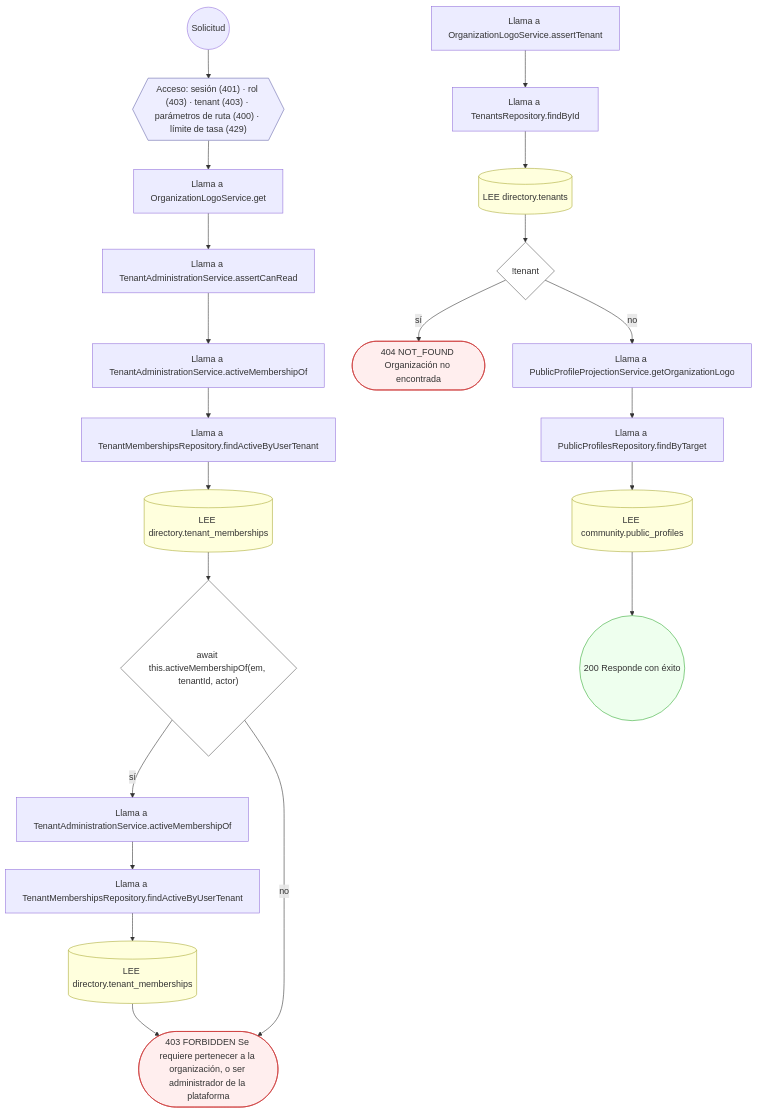
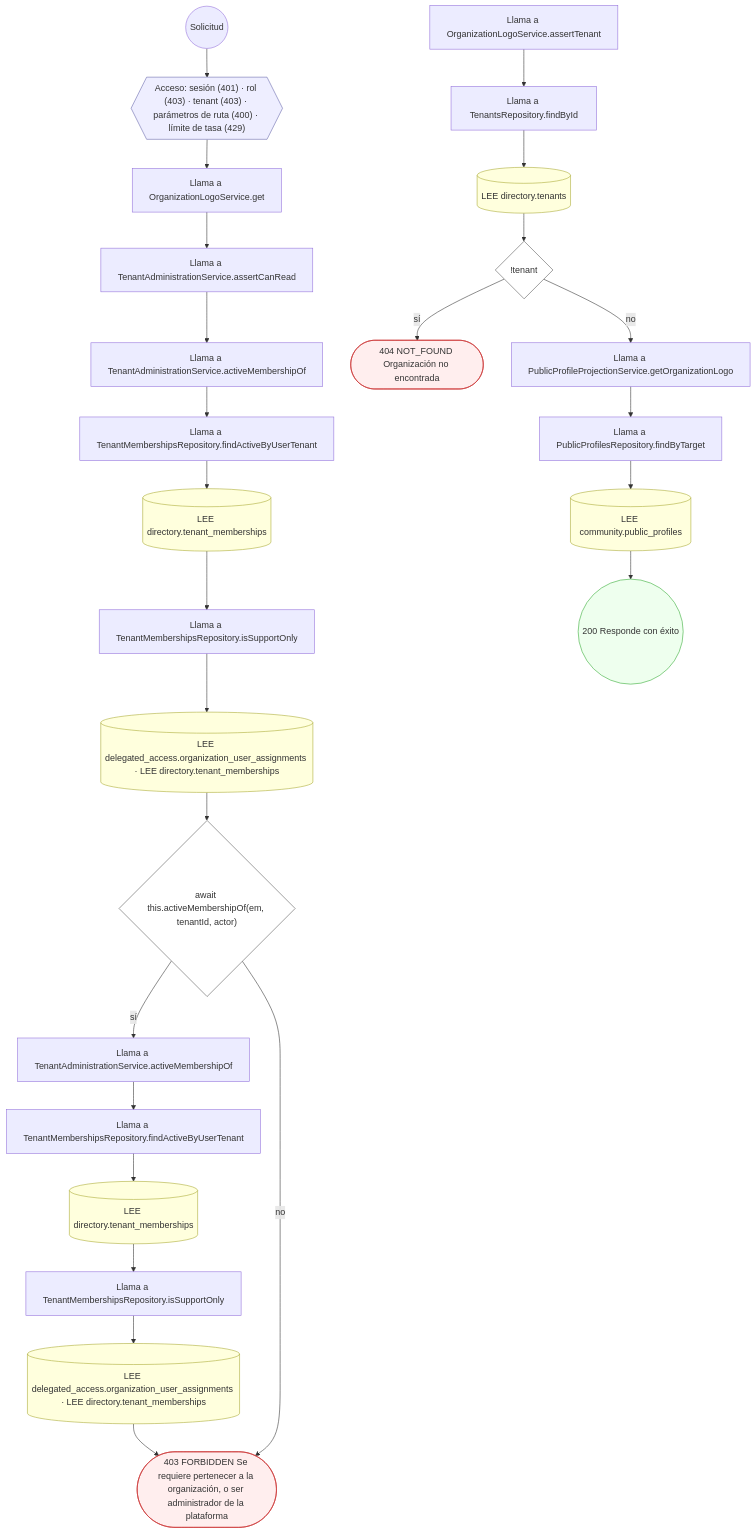
One commit to mdavila-2001/mantra-core-health-api changed diagram 16 of 30 in docs/inventario/flujos/directory.md. Above: the diagram before and after it, drawn with Mermaid. The commit also changed other lines of this file and 1040 other files, not shown here.

````diff
--- a/docs/inventario/flujos/directory.md
+++ b/docs/inventario/flujos/directory.md
@@ -1551,50 +1611,58 @@
 ```mermaid
 flowchart TD
   n1(("Solicitud")):::inicio
   n2{{"Acceso: sesión (401) · rol (403) · tenant (403) · parámetros de ruta (400) · límite de tasa (429)"}}:::acceso
   n1 --> n2
   n3["Llama a OrganizationLogoService.get"]:::llamada
   n2 --> n3
   n4["Llama a TenantAdministrationService.assertCanRead"]:::llamada
   n3 --> n4
   n5["Llama a TenantAdministrationService.activeMembershipOf"]:::llamada
   n4 --> n5
   n6["Llama a TenantMembershipsRepository.findActiveByUserTenant"]:::llamada
   n5 --> n6
   n7[("LEE directory.tenant_memberships")]:::efecto
   n6 --> n7
-  n8{"await this.activeMembershipOf(em, tenantId, actor)"}:::decision
+  n8["Llama a TenantMembershipsRepository.isSupportOnly"]:::llamada
   n7 --> n8
-  n9["Llama a TenantAdministrationService.activeMembershipOf"]:::llamada
-  n8 -->|"sí"| n9
-  n10["Llama a TenantMembershipsRepository.findActiveByUserTenant"]:::llamada
+  n9[("LEE delegated_access.organization_user_assignments · LEE directory.tenant_memberships")]:::efecto
+  n8 --> n9
+  n10{"await this.activeMembershipOf(em, tenantId, actor)"}:::decision
   n9 --> n10
-  n11[("LEE directory.tenant_memberships")]:::efecto
-  n10 --> n11
-  n12(["403 FORBIDDEN Se requiere pertenecer a la organización, o ser administrador de la plataforma"]):::error
+  n11["Llama a TenantAdministrationService.activeMembershipOf"]:::llamada
+  n10 -->|"sí"| n11
+  n12["Llama a TenantMembershipsRepository.findActiveByUserTenant"]:::llamada
   n11 --> n12
-  n8 -->|"no"| n12
-  n13["Llama a OrganizationLogoService.assertTenant"]:::llamada
-  n14["Llama a TenantsRepository.findById"]:::llamada
+  n13[("LEE directory.tenant_memberships")]:::efecto
+  n12 --> n13
+  n14["Llama a TenantMembershipsRepository.isSupportOnly"]:::llamada
   n13 --> n14
-  n15[("LEE directory.tenants")]:::efecto
+  n15[("LEE delegated_access.organization_user_assignments · LEE directory.tenant_memberships")]:::efecto
   n14 --> n15
-  n16{"!tenant"}:::decision
+  n16(["403 FORBIDDEN Se requiere pertenecer a la organización, o ser administrador de la plataforma"]):::error
   n15 --> n16
-  n17(["404 NOT_FOUND Organización no encontrada"]):::error
-  n16 -->|"sí"| n17
-  n18["Llama a PublicProfileProjectionService.getOrganizationLogo"]:::llamada
-  n16 -->|"no"| n18
-  n19["Llama a PublicProfilesRepository.findByTarget"]:::llamada
+  n10 -->|"no"| n16
+  n17["Llama a OrganizationLogoService.assertTenant"]:::llamada
+  n18["Llama a TenantsRepository.findById"]:::llamada
+  n17 --> n18
+  n19[("LEE directory.tenants")]:::efecto
   n18 --> n19
-  n20[("LEE community.public_profiles")]:::efecto
+  n20{"!tenant"}:::decision
   n19 --> n20
-  n21(("200 Responde con éxito")):::ok
-  n20 --> n21
+  n21(["404 NOT_FOUND Organización no encontrada"]):::error
+  n20 -->|"sí"| n21
+  n22["Llama a PublicProfileProjectionService.getOrganizationLogo"]:::llamada
+  n20 -->|"no"| n22
+  n23["Llama a PublicProfilesRepository.findByTarget"]:::llamada
+  n22 --> n23
+  n24[("LEE community.public_profiles")]:::efecto
+  n23 --> n24
+  n25(("200 Responde con éxito")):::ok
+  n24 --> n25
   classDef acceso fill:#eef,stroke:#66a
   classDef error fill:#fee,stroke:#c33
   classDef ok fill:#efe,stroke:#3a3
   classDef efecto fill:#ffd,stroke:#aa3
   classDef decision fill:#fff,stroke:#555
   classDef corte fill:#eee,stroke:#999,stroke-dasharray: 4
 ```
````
